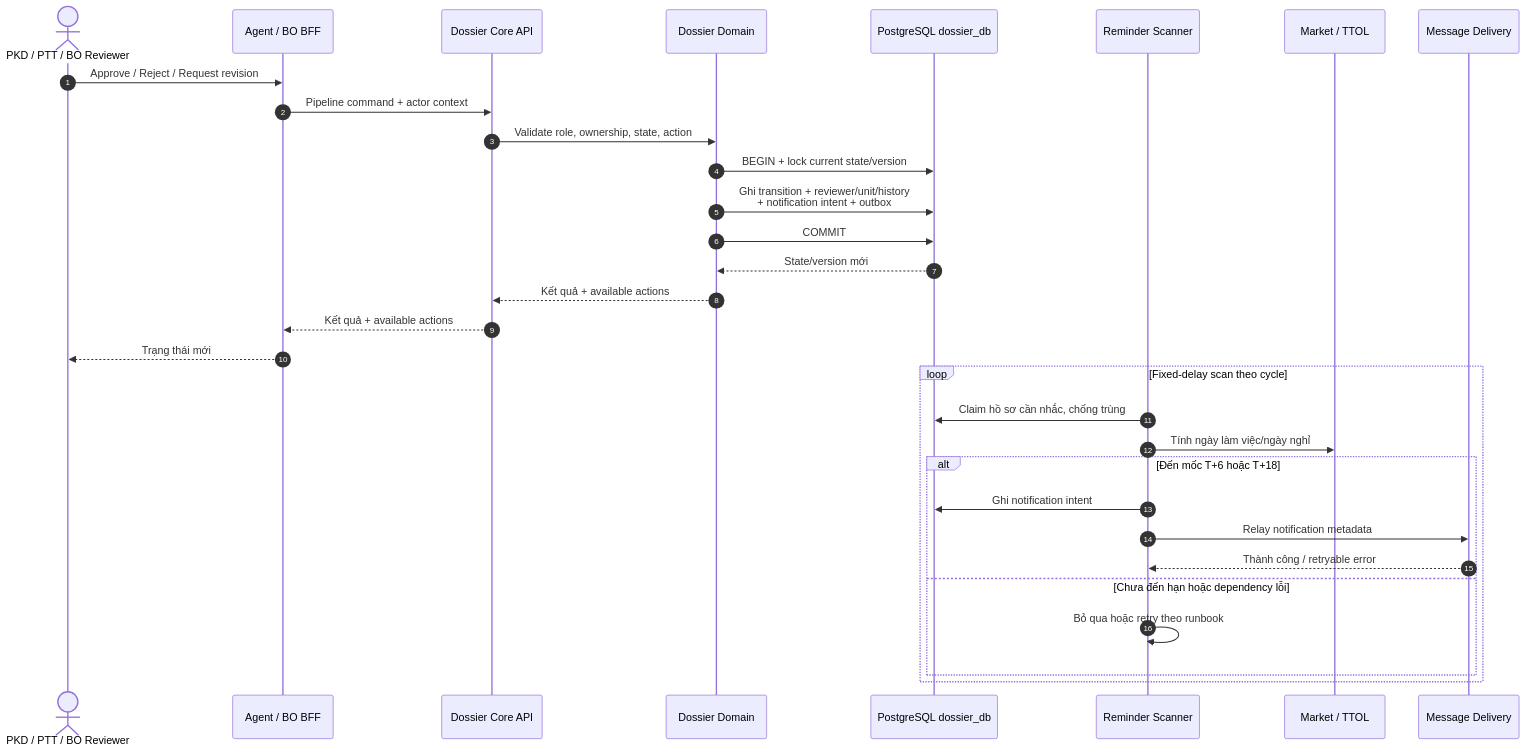
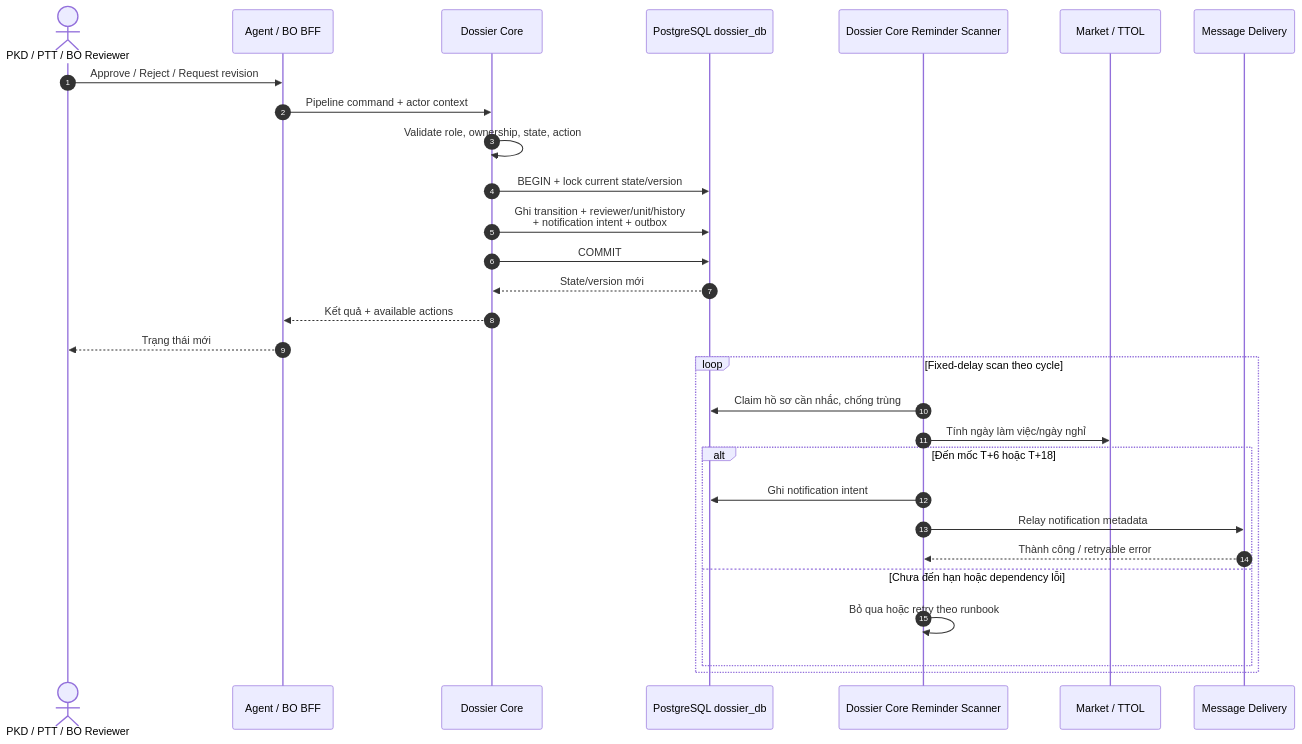
Diagram 13 of 16 in tdd-dossier.md (huynv-xyz/vhm), drawn with Mermaid before and after one commit. The commit also changed other lines of this file, not shown here.

````diff
--- a/tdd-dossier.md
+++ b/tdd-dossier.md
@@ -1383,35 +1367,33 @@
 ```mermaid
 sequenceDiagram
     autonumber
     actor Reviewer as PKD / PTT / BO Reviewer
     participant BFF as Agent / BO BFF
-    participant API as Dossier Core API
-    participant Domain as Dossier Domain
+    participant Core as Dossier Core
     participant DB as PostgreSQL dossier_db
-    participant Scheduler as Reminder Scanner
+    participant Scheduler as Dossier Core Reminder Scanner
     participant Calendar as Market / TTOL
     participant Message as Message Delivery
 
     Reviewer->>BFF: Approve / Reject / Request revision
-    BFF->>API: Pipeline command + actor context
-    API->>Domain: Validate role, ownership, state, action
-    Domain->>DB: BEGIN + lock current state/version
-    Domain->>DB: Ghi transition + reviewer/unit/history<br/>+ notification intent + outbox
-    Domain->>DB: COMMIT
-    DB-->>Domain: State/version mới
-    Domain-->>API: Kết quả + available actions
-    API-->>BFF: Kết quả + available actions
+    BFF->>Core: Pipeline command + actor context
+    Core->>Core: Validate role, ownership, state, action
+    Core->>DB: BEGIN + lock current state/version
+    Core->>DB: Ghi transition + reviewer/unit/history<br/>+ notification intent + outbox
+    Core->>DB: COMMIT
+    DB-->>Core: State/version mới
+    Core-->>BFF: Kết quả + available actions
     BFF-->>Reviewer: Trạng thái mới
 
     loop Fixed-delay scan theo cycle
         Scheduler->>DB: Claim hồ sơ cần nhắc, chống trùng
         Scheduler->>Calendar: Tính ngày làm việc/ngày nghỉ
         alt Đến mốc T+6 hoặc T+18
             Scheduler->>DB: Ghi notification intent
             Scheduler->>Message: Relay notification metadata
             Message-->>Scheduler: Thành công / retryable error
         else Chưa đến hạn hoặc dependency lỗi
             Scheduler->>Scheduler: Bỏ qua hoặc retry theo runbook
         end
     end
 ```
````
